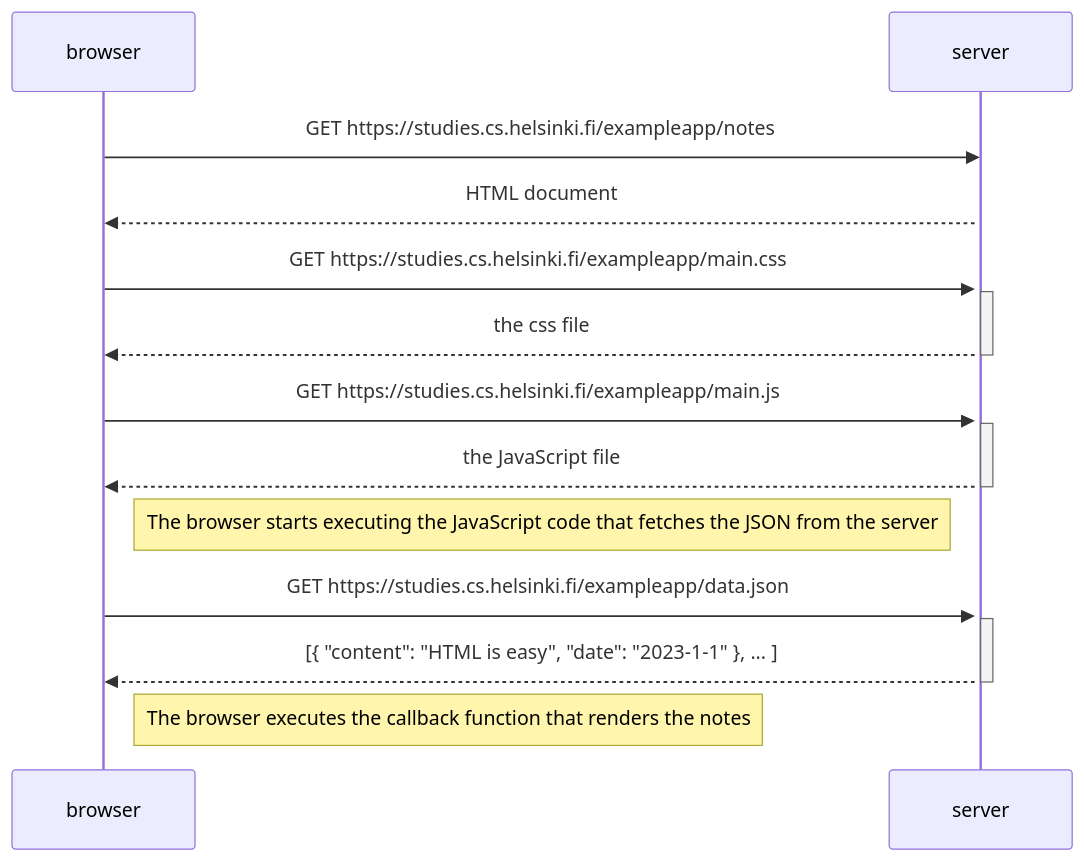
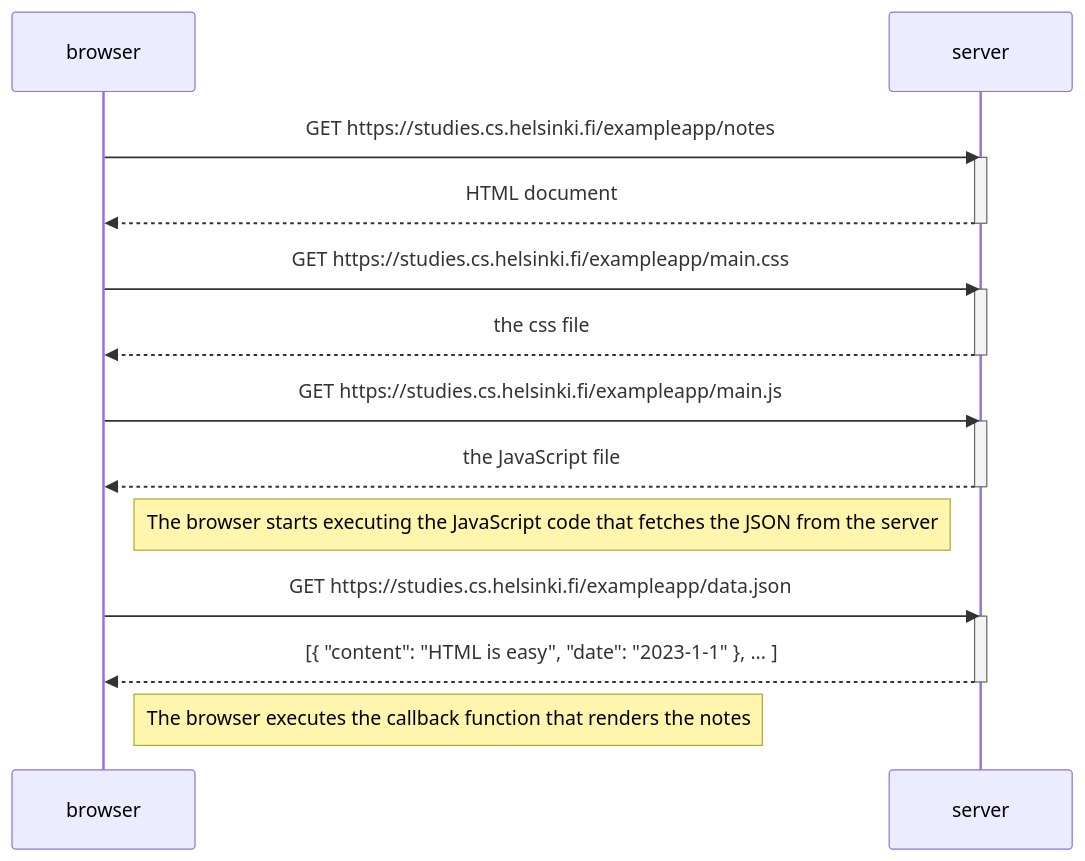
Before and after one commit to gaurav8969/full-stack-open: the diagram in part01/sequenceDiagram.md, drawn with Mermaid.

Commit message:
add example mermaid markdown

````diff
--- a/part01/sequenceDiagram.md
+++ b/part01/sequenceDiagram.md
@@ -1,28 +1,29 @@
 ```mermaid
 sequenceDiagram
     participant browser
     participant server
 
     browser->>server: GET https://studies.cs.helsinki.fi/exampleapp/notes
     activate server
     server-->>browser: HTML document
+    deactivate server
 
     browser->>server: GET https://studies.cs.helsinki.fi/exampleapp/main.css
     activate server
     server-->>browser: the css file
     deactivate server
 
     browser->>server: GET https://studies.cs.helsinki.fi/exampleapp/main.js
     activate server
     server-->>browser: the JavaScript file
     deactivate server
 
     Note right of browser: The browser starts executing the JavaScript code that fetches the JSON from the server
 
     browser->>server: GET https://studies.cs.helsinki.fi/exampleapp/data.json
     activate server
     server-->>browser: [{ "content": "HTML is easy", "date": "2023-1-1" }, ... ]
     deactivate server
 
     Note right of browser: The browser executes the callback function that renders the notes
 ```
````
